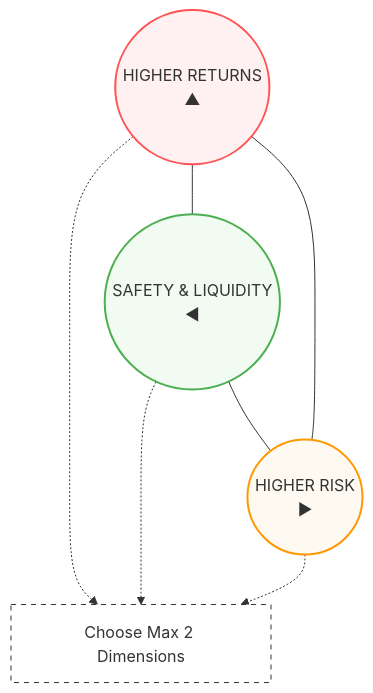
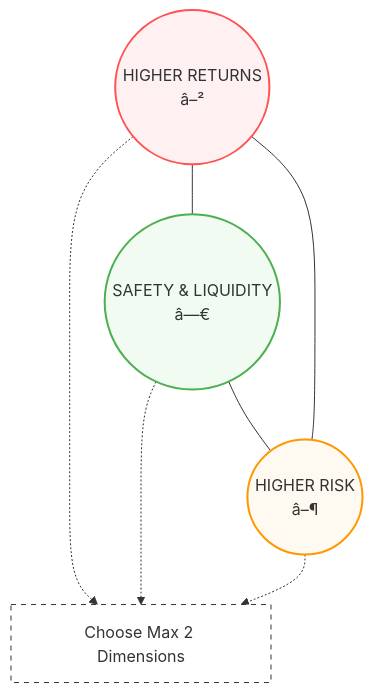
Before and after one commit to bengula/BengulaLive: the third of 5 diagrams in Bengula-Jacob/content/investing/ultimate-guide-to-personal-finance-kenya.md, drawn with Mermaid. The commit also changed other lines of this file and 73 other files, not shown here.

````diff
--- a/Bengula-Jacob/content/investing/ultimate-guide-to-personal-finance-kenya.md
+++ b/Bengula-Jacob/content/investing/ultimate-guide-to-personal-finance-kenya.md
@@ -211,23 +211,23 @@
 ```mermaid
 flowchart TD
     %% Outer boundary coordinates mapped visually
-    A(( HIGHER RETURNS <br> ▲ )) 
-    B(( SAFETY & LIQUIDITY <br> ◀ ))
-    C(( HIGHER RISK <br> ▶ ))
+    A(( HIGHER RETURNS <br> â–² )) 
+    B(( SAFETY & LIQUIDITY <br> â—€ ))
+    C(( HIGHER RISK <br> â–¶ ))
 
     %% Triangle Perimeters
     A --- B
     B --- C
     C --- A
 
     %% Central warning text link
     A -.-> Core[Choose Max 2 Dimensions]
     B -.-> Core
     C -.-> Core
 
     style A fill:#fff1f1,stroke:#ff5252,stroke-width:2px
     style B fill:#f1fbf1,stroke:#4caf50,stroke-width:2px
     style C fill:#fffaf1,stroke:#ff9800,stroke-width:2px
     style Core fill:#fff,stroke:#333,stroke-dasharray: 5 5
 
 ```
````
